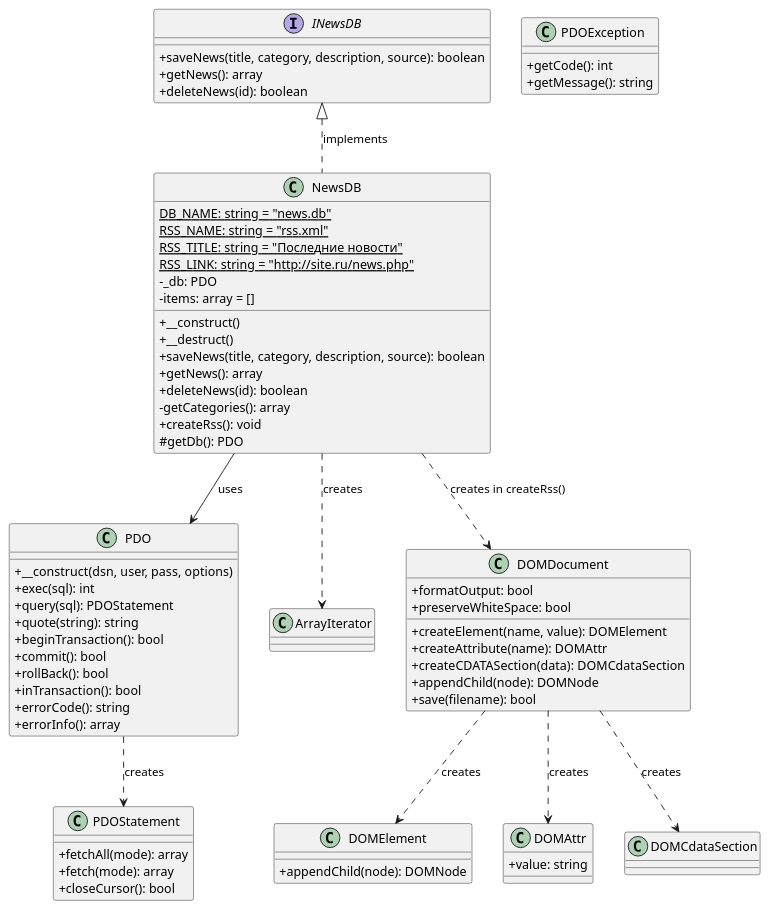
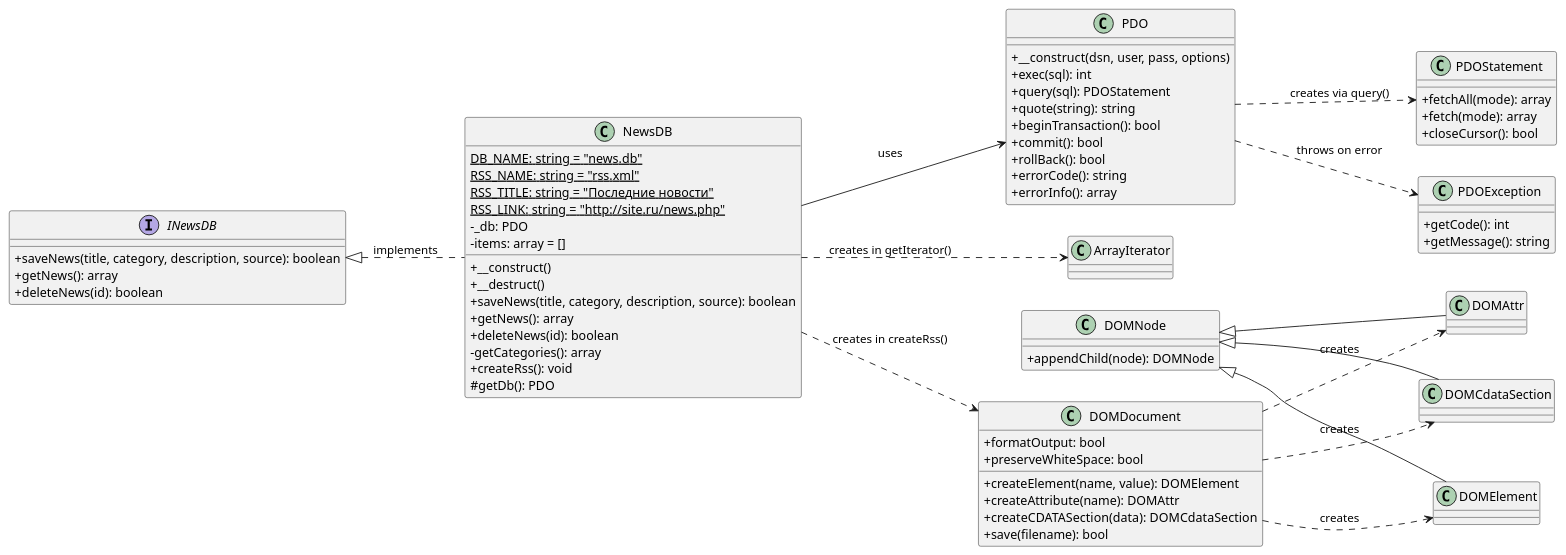
The diagram in lab6/lab6.puml (KapustinaLera/web), drawn with PlantUML before and after one commit.

```diff
--- a/lab6/lab6.puml
+++ b/lab6/lab6.puml
@@ -1,88 +1,90 @@
 @startuml Lab6_PDO
 skinparam classAttributeIconSize 0
+left to right direction
 
 interface INewsDB {
   +saveNews(title, category, description, source): boolean
   +getNews(): array
   +deleteNews(id): boolean
 }
 
 class NewsDB {
   {static} DB_NAME: string = "news.db"
   {static} RSS_NAME: string = "rss.xml"
   {static} RSS_TITLE: string = "Последние новости"
   {static} RSS_LINK: string = "http://site.ru/news.php"
   -_db: PDO
   -items: array = []
   +__construct()
   +__destruct()
   +saveNews(title, category, description, source): boolean
   +getNews(): array
   +deleteNews(id): boolean
   -getCategories(): array
   +createRss(): void
   #getDb(): PDO
 }
 
 class PDO {
   +__construct(dsn, user, pass, options)
   +exec(sql): int
   +query(sql): PDOStatement
   +quote(string): string
   +beginTransaction(): bool
   +commit(): bool
   +rollBack(): bool
-  +inTransaction(): bool
   +errorCode(): string
   +errorInfo(): array
 }
 
 class PDOStatement {
   +fetchAll(mode): array
   +fetch(mode): array
   +closeCursor(): bool
 }
 
 class PDOException {
   +getCode(): int
   +getMessage(): string
 }
 
 class ArrayIterator
 
+class DOMNode {
+  +appendChild(node): DOMNode
+}
+
 class DOMDocument {
   +formatOutput: bool
   +preserveWhiteSpace: bool
   +createElement(name, value): DOMElement
   +createAttribute(name): DOMAttr
   +createCDATASection(data): DOMCdataSection
-  +appendChild(node): DOMNode
   +save(filename): bool
 }
 
-class DOMElement {
-  +appendChild(node): DOMNode
-}
+class DOMElement extends DOMNode
 
-class DOMAttr {
-  +value: string
-}
+class DOMAttr extends DOMNode
 
-class DOMCdataSection
+class DOMCdataSection extends DOMNode
 
 INewsDB <|.. NewsDB : implements
 
-' NewsDB использует PDO вместо SQLite3
+' NewsDB использует PDO
 NewsDB --> PDO : uses
-PDO ..> PDOStatement : creates
 
-' Создание итератора для категорий
-NewsDB ..> ArrayIterator : creates
+' PDO создает Statement и выбрасывает исключения
+PDO ..> PDOStatement : creates via query()
+PDO ..> PDOException : throws on error
+
+' Создание итератора
+NewsDB ..> ArrayIterator : creates in getIterator()
 
 ' Создание RSS через DOM
 NewsDB ..> DOMDocument : creates in createRss()
 DOMDocument ..> DOMElement : creates
 DOMDocument ..> DOMAttr : creates
 DOMDocument ..> DOMCdataSection : creates
 
 @enduml
```
